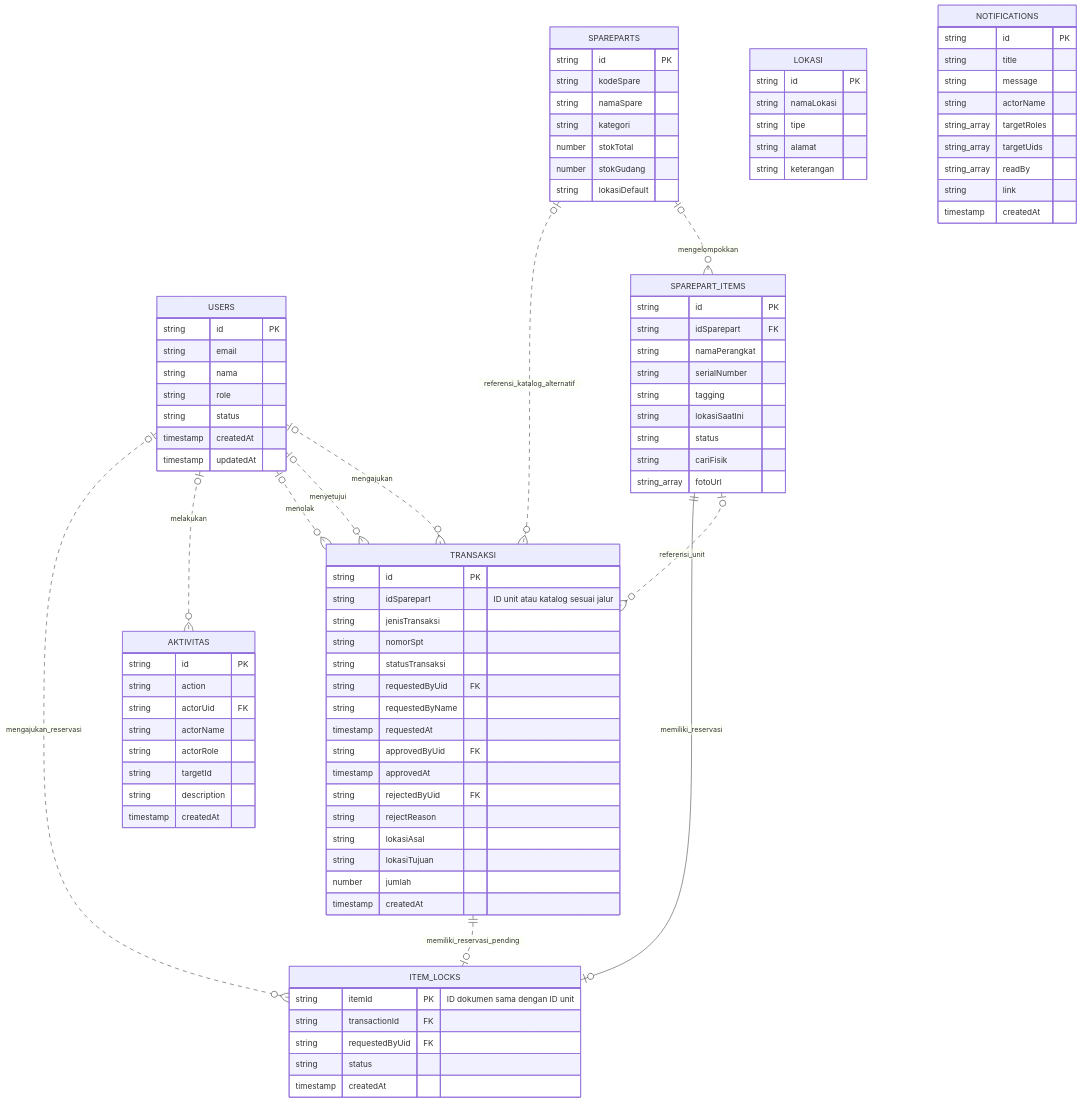
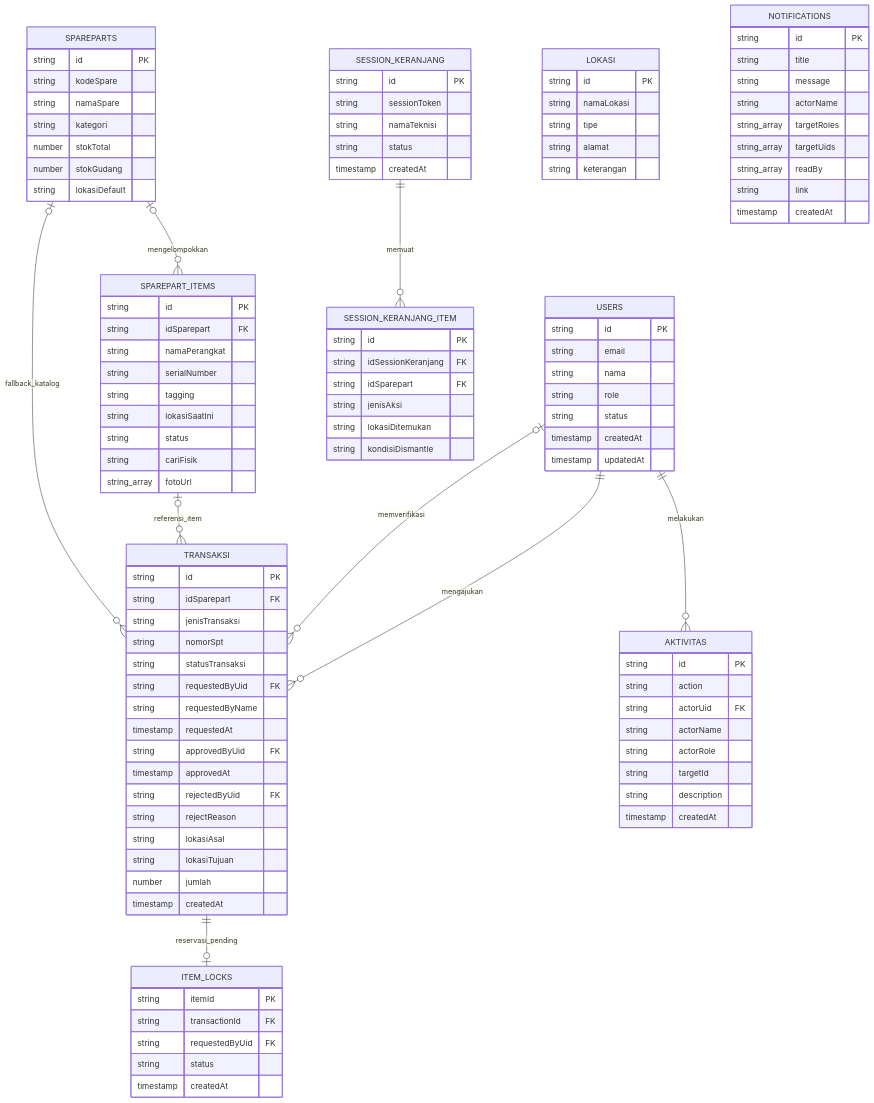
One commit to Fadliyuu/Telkomsatt changed the fifth of 13 diagrams in README.md. Above: the diagram before and after it, drawn with Mermaid. The commit also changed other lines of this file and 40 other files, not shown here.

````diff
--- a/README.md
+++ b/README.md
@@ -559,19 +399,13 @@
 ```mermaid
 erDiagram
-    USERS o|..o{ TRANSAKSI : mengajukan
-    USERS o|..o{ TRANSAKSI : menyetujui
-    USERS o|..o{ TRANSAKSI : menolak
-    USERS o|..o{ AKTIVITAS : melakukan
-
-    SPAREPARTS o|..o{ SPAREPART_ITEMS : mengelompokkan
-
-    SPAREPART_ITEMS o|..o{ TRANSAKSI : referensi_unit
-    SPAREPARTS o|..o{ TRANSAKSI : referensi_katalog_alternatif
-
-    SPAREPART_ITEMS ||--o| ITEM_LOCKS : memiliki_reservasi
-    TRANSAKSI ||..o| ITEM_LOCKS : memiliki_reservasi_pending
-    USERS o|..o{ ITEM_LOCKS : mengajukan_reservasi
-
+    USERS ||--o{ TRANSAKSI : mengajukan
+    USERS o|--o{ TRANSAKSI : memverifikasi
+    USERS ||--o{ AKTIVITAS : melakukan
+    SPAREPARTS o|--o{ SPAREPART_ITEMS : mengelompokkan
+    SPAREPART_ITEMS o|--o{ TRANSAKSI : referensi_item
+    SPAREPARTS o|--o{ TRANSAKSI : fallback_katalog
+    TRANSAKSI ||--o| ITEM_LOCKS : reservasi_pending
+    SESSION_KERANJANG ||--o{ SESSION_KERANJANG_ITEM : memuat
     USERS {
         string id PK
         string email
@@ -603,7 +437,7 @@
     }
     TRANSAKSI {
         string id PK
-        string idSparepart "ID unit atau katalog sesuai jalur"
+        string idSparepart FK
         string jenisTransaksi
         string nomorSpt
         string statusTransaksi
@@ -620,7 +454,7 @@
         timestamp createdAt
     }
     ITEM_LOCKS {
-        string itemId PK "ID dokumen sama dengan ID unit"
+        string itemId PK
         string transactionId FK
         string requestedByUid FK
         string status
@@ -632,6 +466,21 @@
         string tipe
         string alamat
         string keterangan
+    }
+    SESSION_KERANJANG {
+        string id PK
+        string sessionToken
+        string namaTeknisi
+        string status
+        timestamp createdAt
+    }
+    SESSION_KERANJANG_ITEM {
+        string id PK
+        string idSessionKeranjang FK
+        string idSparepart FK
+        string jenisAksi
+        string lokasiDitemukan
+        string kondisiDismantle
     }
     NOTIFICATIONS {
         string id PK
````
